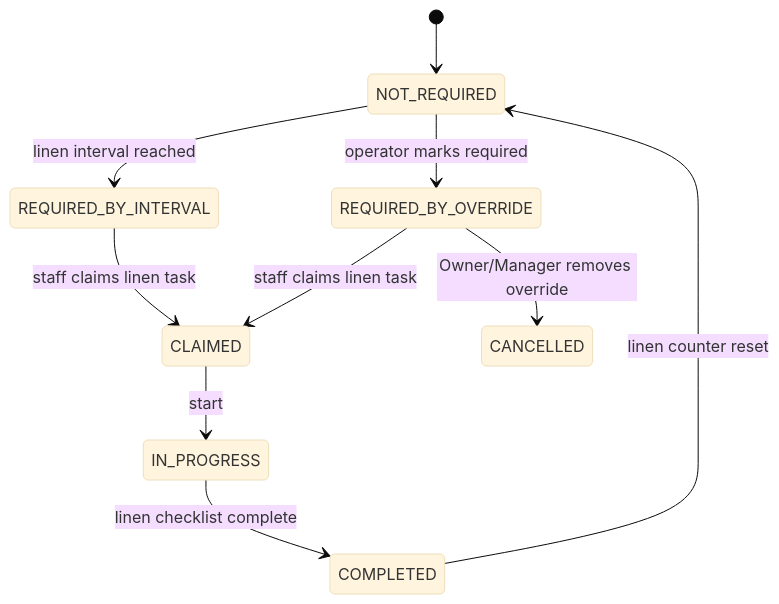
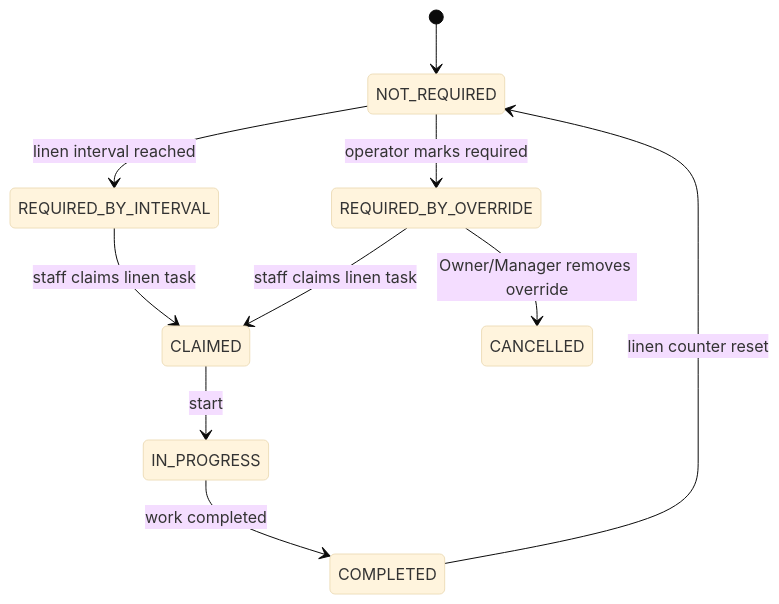
Before and after one commit to vanaraadmin/vanara-central: the third of 7 diagrams in documentation/architecture/HOUSEKEEPING_ARCHITECTURE.md, drawn with Mermaid (base theme). The commit also changed other lines of this file and 31 other files, not shown here.

````diff
--- a/documentation/architecture/HOUSEKEEPING_ARCHITECTURE.md
+++ b/documentation/architecture/HOUSEKEEPING_ARCHITECTURE.md
@@ -643,12 +605,12 @@
 ```mermaid
 stateDiagram-v2
     [*] --> NOT_REQUIRED
     NOT_REQUIRED --> REQUIRED_BY_INTERVAL: linen interval reached
     NOT_REQUIRED --> REQUIRED_BY_OVERRIDE: operator marks required
     REQUIRED_BY_INTERVAL --> CLAIMED: staff claims linen task
     REQUIRED_BY_OVERRIDE --> CLAIMED: staff claims linen task
     CLAIMED --> IN_PROGRESS: start
-    IN_PROGRESS --> COMPLETED: linen checklist complete
+    IN_PROGRESS --> COMPLETED: work completed
     COMPLETED --> NOT_REQUIRED: linen counter reset
     REQUIRED_BY_OVERRIDE --> CANCELLED: Owner/Manager removes override
 ```
````
